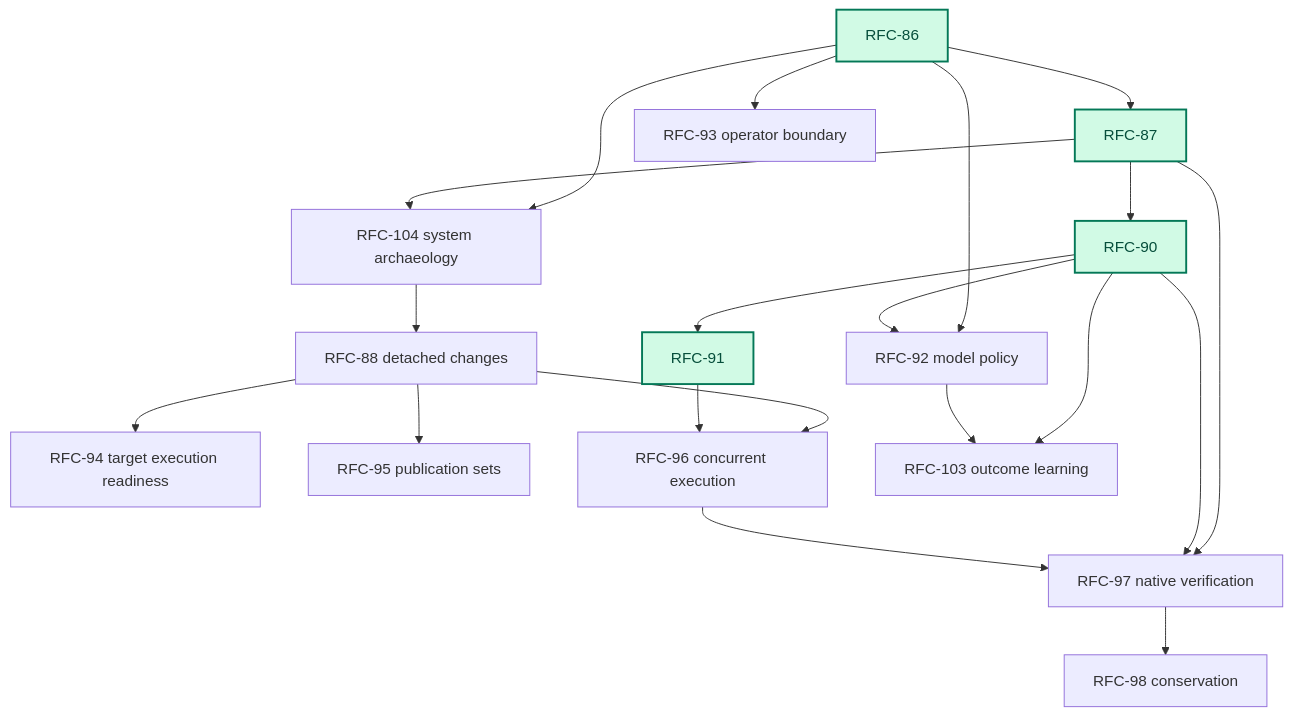
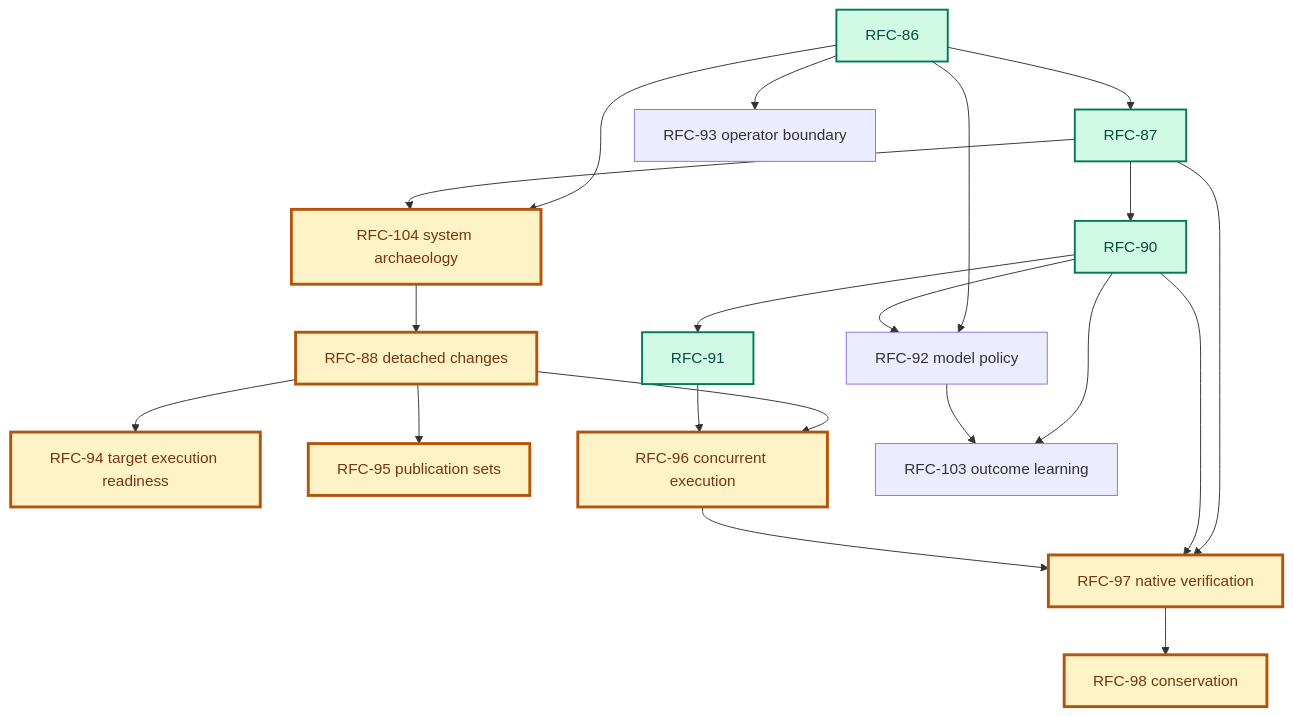
One commit to augentic/anvil changed the diagram in rfcs/platform.md. Above: the diagram before and after it, drawn with Mermaid. The commit also changed other lines of this file, not shown here.

Commit message:
critical path RFCs

````diff
--- a/rfcs/platform.md
+++ b/rfcs/platform.md
@@ -43,25 +43,27 @@
 ```mermaid
 flowchart TD
     R86[RFC-86] --> R87[RFC-87]
     R86 --> R104[RFC-104 system archaeology]
     R86 --> R92[RFC-92 model policy]
     R86 --> R93[RFC-93 operator boundary]
     R87 --> R104
     R104 --> R88[RFC-88 detached changes]
     R87 --> R90[RFC-90]
     R90 --> R91[RFC-91]
     R90 --> R92
     R87 --> R97[RFC-97 native verification]
     R90 --> R97
     R88 --> R94[RFC-94 target execution readiness]
     R88 --> R95[RFC-95 publication sets]
     R88 --> R96[RFC-96 concurrent execution]
     R91 --> R96
     R96 --> R97
     R97 --> R98[RFC-98 conservation]
     R90 --> R103[RFC-103 outcome learning]
     R92 --> R103
 
     classDef done fill:#d1fae5,stroke:#047857,color:#064e3b,stroke-width:2px
+    classDef critical fill:#fef3c7,stroke:#b45309,color:#78350f,stroke-width:3px
     class R86,R87,R90,R91 done
+    class R104,R88,R94,R95,R96,R97,R98 critical
 ```
````
